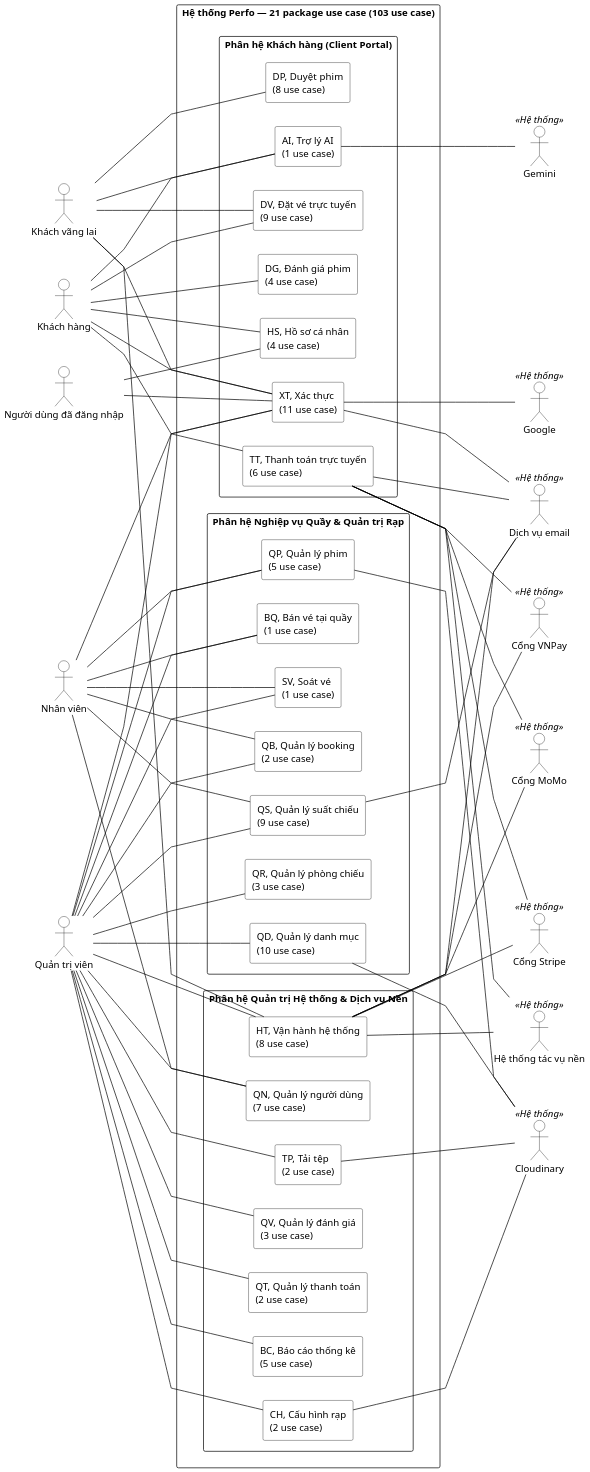
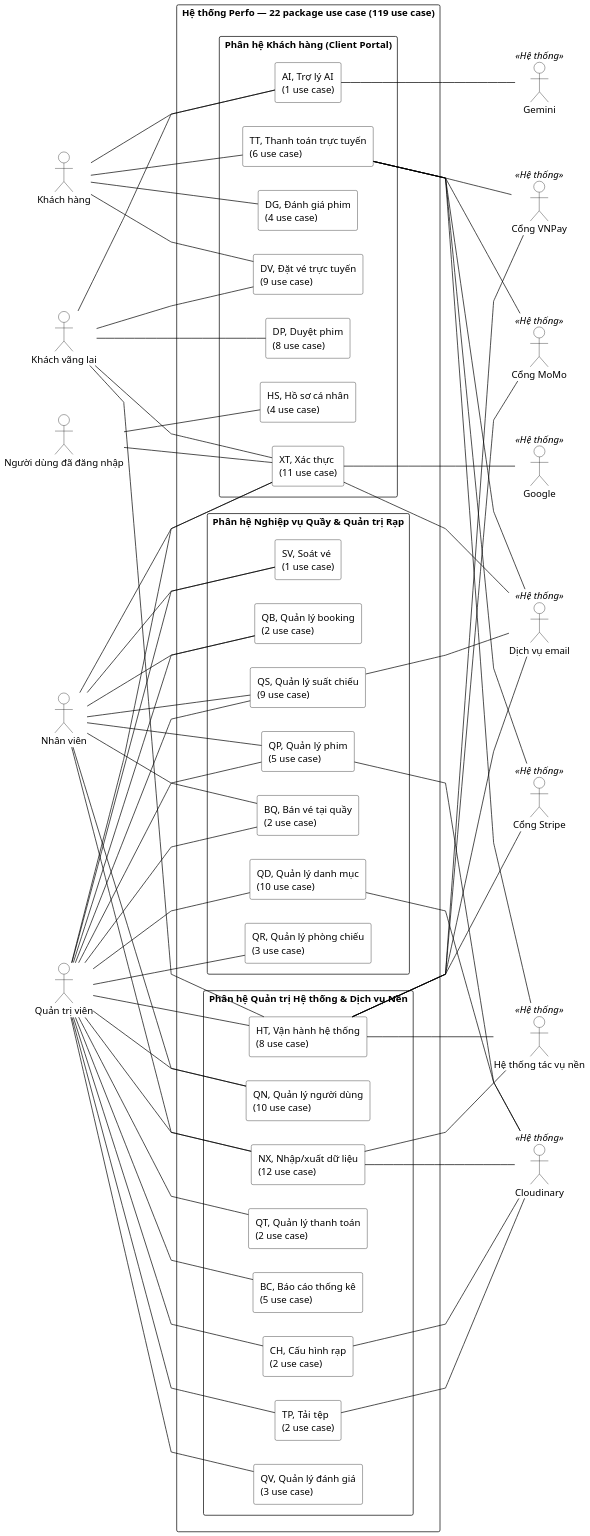
The diagram in docs/so-do/plantuml/hinh-3-3.puml (nguyenhiennnnn/perfo), drawn with PlantUML before and after one commit. The commit also changed 58 other files, not shown here.

```diff
--- a/docs/so-do/plantuml/hinh-3-3.puml
+++ b/docs/so-do/plantuml/hinh-3-3.puml
@@ -1,121 +1,130 @@
 @startuml
 left to right direction
 skinparam linetype polyline
 skinparam shadowing false
 skinparam defaultFontName "Times New Roman"
 skinparam packageStyle rectangle
 skinparam dpi 150
 skinparam ArrowColor Black
 skinparam actorBackgroundColor White
 skinparam actorBorderColor Black
 skinparam usecaseBackgroundColor White
 skinparam usecaseBorderColor Black
 skinparam rectangleBackgroundColor White
 skinparam rectangleBorderColor Black
 
 actor "Khách vãng lai" as A_KVL
 actor "Người dùng đã đăng nhập" as A_NDN
 actor "Khách hàng" as A_KH
 actor "Nhân viên" as A_NV
 actor "Quản trị viên" as A_QTV
 
-rectangle "Hệ thống Perfo — 21 package use case (103 use case)" as SYS {
+rectangle "Hệ thống Perfo — 22 package use case (119 use case)" as SYS {
   package "Phân hệ Khách hàng (Client Portal)" as PKG_KH {
     rectangle "XT, Xác thực\n(11 use case)" as P_XT
     rectangle "HS, Hồ sơ cá nhân\n(4 use case)" as P_HS
     rectangle "DP, Duyệt phim\n(8 use case)" as P_DP
     rectangle "DG, Đánh giá phim\n(4 use case)" as P_DG
     rectangle "DV, Đặt vé trực tuyến\n(9 use case)" as P_DV
     rectangle "TT, Thanh toán trực tuyến\n(6 use case)" as P_TT
     rectangle "AI, Trợ lý AI\n(1 use case)" as P_AI
   }
 
   package "Phân hệ Nghiệp vụ Quầy & Quản trị Rạp" as PKG_NV {
-    rectangle "BQ, Bán vé tại quầy\n(1 use case)" as P_BQ
+    rectangle "BQ, Bán vé tại quầy\n(2 use case)" as P_BQ
     rectangle "SV, Soát vé\n(1 use case)" as P_SV
     rectangle "QB, Quản lý booking\n(2 use case)" as P_QB
     rectangle "QP, Quản lý phim\n(5 use case)" as P_QP
     rectangle "QD, Quản lý danh mục\n(10 use case)" as P_QD
     rectangle "QR, Quản lý phòng chiếu\n(3 use case)" as P_QR
     rectangle "QS, Quản lý suất chiếu\n(9 use case)" as P_QS
   }
 
   package "Phân hệ Quản trị Hệ thống & Dịch vụ Nền" as PKG_QT {
-    rectangle "QN, Quản lý người dùng\n(7 use case)" as P_QN
+    rectangle "QN, Quản lý người dùng\n(10 use case)" as P_QN
     rectangle "QV, Quản lý đánh giá\n(3 use case)" as P_QV
     rectangle "QT, Quản lý thanh toán\n(2 use case)" as P_QT
     rectangle "BC, Báo cáo thống kê\n(5 use case)" as P_BC
     rectangle "CH, Cấu hình rạp\n(2 use case)" as P_CH
     rectangle "TP, Tải tệp\n(2 use case)" as P_TP
     rectangle "HT, Vận hành hệ thống\n(8 use case)" as P_HT
+    rectangle "NX, Nhập/xuất dữ liệu\n(12 use case)" as P_NX
   }
 }
 
 actor "Hệ thống tác vụ nền" <<Hệ thống>> as A_NEN
 actor "Cổng VNPay" <<Hệ thống>> as A_VNP
 actor "Cổng MoMo" <<Hệ thống>> as A_MOMO
 actor "Cổng Stripe" <<Hệ thống>> as A_STR
 actor "Google" <<Hệ thống>> as A_GG
 actor "Gemini" <<Hệ thống>> as A_GEM
 actor "Dịch vụ email" <<Hệ thống>> as A_MAIL
 actor "Cloudinary" <<Hệ thống>> as A_CLD
 
 A_KVL -- P_XT
 A_KVL -- P_DP
 A_KVL -- P_DV
 A_KVL -- P_AI
 A_KVL -- P_HT
 
 A_NDN -- P_XT
 A_NDN -- P_HS
 
-A_KH -- P_XT
-A_KH -- P_HS
 A_KH -- P_DG
 A_KH -- P_DV
 A_KH -- P_TT
 A_KH -- P_AI
 
 A_NV -- P_XT
 A_NV -- P_BQ
 A_NV -- P_SV
 A_NV -- P_QB
 A_NV -- P_QP
 A_NV -- P_QS
 A_NV -- P_QN
+A_NV -- P_NX
 
 A_QTV -- P_XT
 A_QTV -- P_BQ
 A_QTV -- P_SV
 A_QTV -- P_QB
 A_QTV -- P_QP
 A_QTV -- P_QD
 A_QTV -- P_QR
 A_QTV -- P_QS
 A_QTV -- P_QN
 A_QTV -- P_QV
 A_QTV -- P_QT
 A_QTV -- P_BC
 A_QTV -- P_CH
 A_QTV -- P_TP
 A_QTV -- P_HT
+A_QTV -- P_NX
 
 P_TT -- A_NEN
 P_HT -- A_NEN
+P_NX -- A_NEN
+
 P_TT -- A_VNP
 P_HT -- A_VNP
+
 P_TT -- A_MOMO
 P_HT -- A_MOMO
+
 P_TT -- A_STR
 P_HT -- A_STR
+
 P_XT -- A_GG
 P_AI -- A_GEM
+
 P_XT -- A_MAIL
 P_TT -- A_MAIL
 P_QS -- A_MAIL
 P_HT -- A_MAIL
+
 P_QP -- A_CLD
 P_QD -- A_CLD
 P_CH -- A_CLD
 P_TP -- A_CLD
+P_NX -- A_CLD
 @enduml
```
